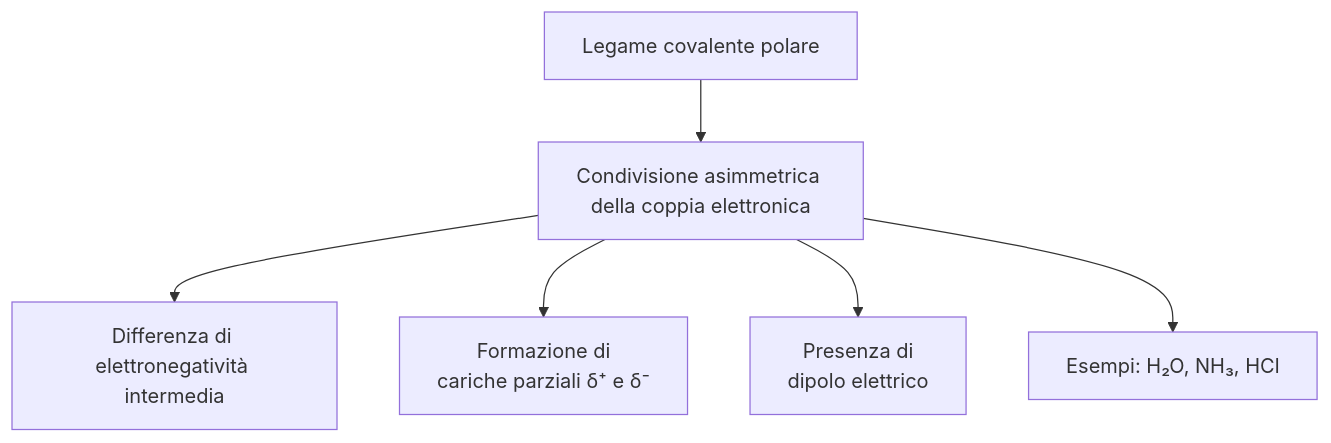
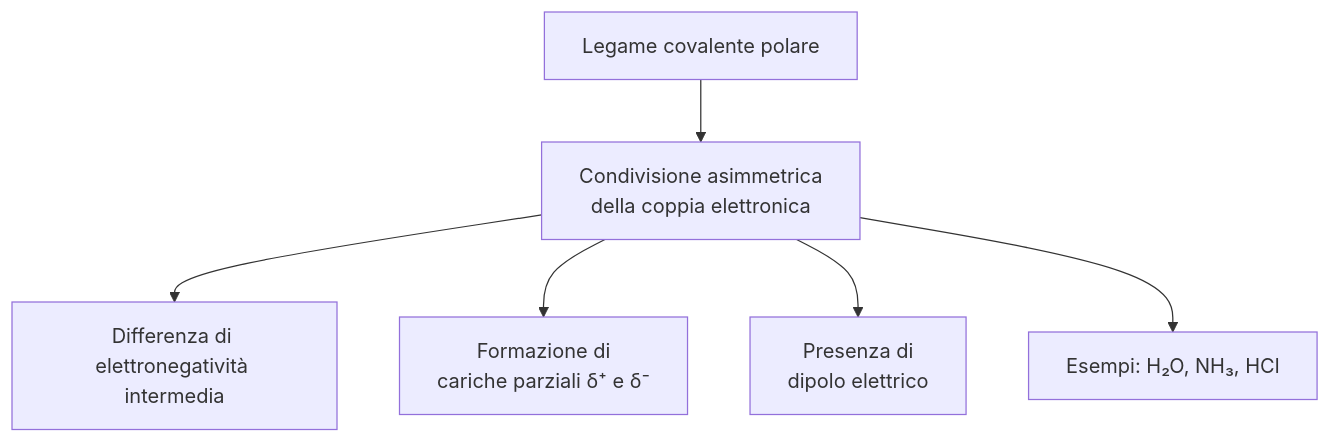
One commit to didattica/CodeCompendium changed the fifth of 8 diagrams in Chimica/05-mappa-concettuale.md. Above: the diagram before and after it, drawn with Mermaid.

````diff
--- a/Chimica/05-mappa-concettuale.md
+++ b/Chimica/05-mappa-concettuale.md
@@ -77,8 +77,8 @@
 ```mermaid
 flowchart TD
-    A[Legame covalente polare] --> B[Condivisione asimmetrica della coppia elettronica]
+    A[Legame covalente polare] --> B[Condivisione asimmetrica<br> della coppia elettronica]
     B --> C[Differenza di <br>elettronegatività intermedia]
     B --> D[Formazione di <br>cariche parziali δ⁺ e δ⁻]
     B --> E[Presenza di <br>dipolo elettrico]
     B --> F[Esempi: H₂O, NH₃, HCl]
 ```
````
